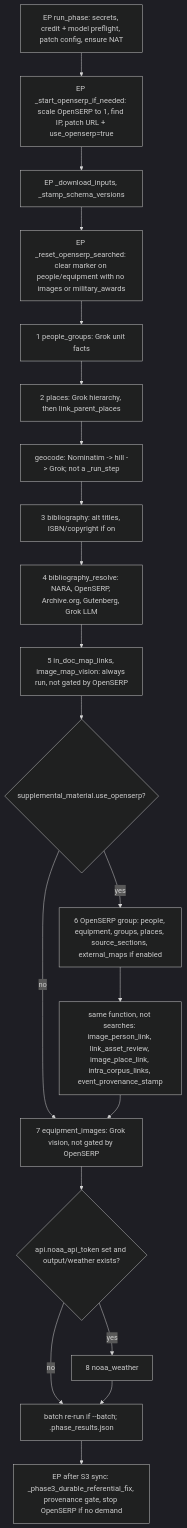
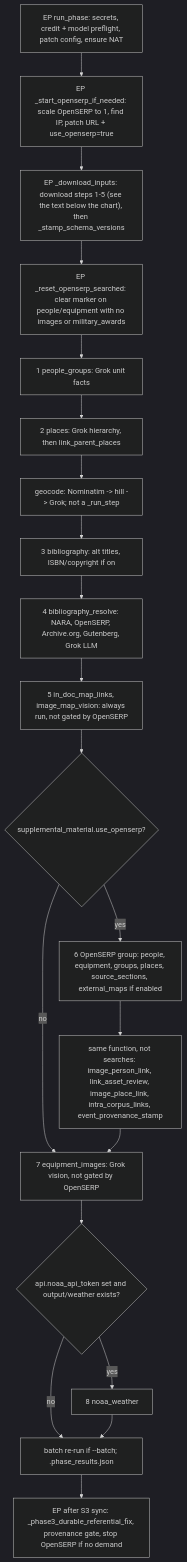
The diagram in docs/current/core/PHASE3_MAP.md (elasticfusion/SecondWorldWarAsData), drawn with Mermaid (dark theme) before and after one commit. The commit also changed other lines of this file and 20 other files, not shown here.

First line of the commit message:
Phase 3 single-book download: fetch every directory it enriches (PHASE3_MAP gap 27) (#756)

````diff
--- a/docs/current/core/PHASE3_MAP.md
+++ b/docs/current/core/PHASE3_MAP.md
@@ -32,22 +32,23 @@
 ```mermaid
 flowchart TD
   EPS["EP run_phase: secrets, credit + model preflight, patch config, ensure NAT"] --> UP["EP _start_openserp_if_needed: scale OpenSERP to 1, find IP, patch URL + use_openserp=true"]
-  UP --> DL["EP _download_inputs, _stamp_schema_versions"]
+  UP --> DL["EP _download_inputs: download steps 1-5 (see the text below the chart), then _stamp_schema_versions"]
   DL --> RESET["EP _reset_openserp_searched: clear marker on people/equipment with no images or military_awards"]
   RESET --> G1["1 people_groups: Grok unit facts"]
   G1 --> PL["2 places: Grok hierarchy, then link_parent_places"]
   PL --> GEO["geocode: Nominatim -> hill -> Grok; not a _run_step"]
   GEO --> BIB["3 bibliography: alt titles, ISBN/copyright if on"]
   BIB --> BRES["4 bibliography_resolve: NARA, OpenSERP, Archive.org, Gutenberg, Grok LLM"]
   BRES --> MEDIA["5 in_doc_map_links, image_map_vision: always run, not gated by OpenSERP"]
   MEDIA --> OS{"supplemental_material.use_openserp?"}
   OS -- yes --> OSG["6 OpenSERP group: people, equipment, groups, places, source_sections, external_maps if enabled"]
   OSG --> NS["same function, not searches: image_person_link, link_asset_review, image_place_link, intra_corpus_links, event_provenance_stamp"]
   OS -- no --> EQ
   NS --> EQ["7 equipment_images: Grok vision, not gated by OpenSERP"]
   EQ --> NOAA{"api.noaa_api_token set and output/weather exists?"}
   NOAA -- yes --> W["8 noaa_weather"]
   NOAA -- no --> RES
   W --> RES["batch re-run if --batch; .phase_results.json"]
   RES --> POST["EP after S3 sync: _phase3_durable_referential_fix, provenance gate, stop OpenSERP if no demand"]
+  click DL href "https://github.com/elasticfusion/SecondWorldWarAsData/blob/main/docs/current/core/PHASE3_MAP.md#what-ep-_download_inputs-does" "What EP _download_inputs does: steps 1-5" _blank
 ```
````
